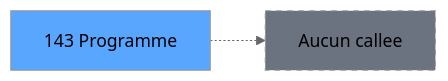
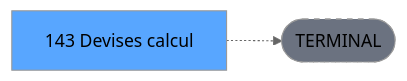
One commit to thonyAGP/lecteur-magic changed the third of 3 diagrams in .openspec/specs/ADH-IDE-143.md. Above: the diagram before and after it, drawn with Mermaid (neutral theme). The commit also changed other lines of this file and 701 other files, not shown here.

````diff
--- a/.openspec/specs/ADH-IDE-143.md
+++ b/.openspec/specs/ADH-IDE-143.md
@@ -139,8 +136,8 @@
 ```mermaid
 graph LR
-    T[143 Programme]
-    NONE[Aucun callee]
-    T -.-> NONE
+    T[143 Devises calcul ]
+    TERM([TERMINAL])
+    T -.-> TERM
+    style TERM fill:#6b7280,stroke-dasharray: 5 5
     style T fill:#58a6ff,color:#000
-    style NONE fill:#6b7280,stroke-dasharray: 5 5
 ```
````
